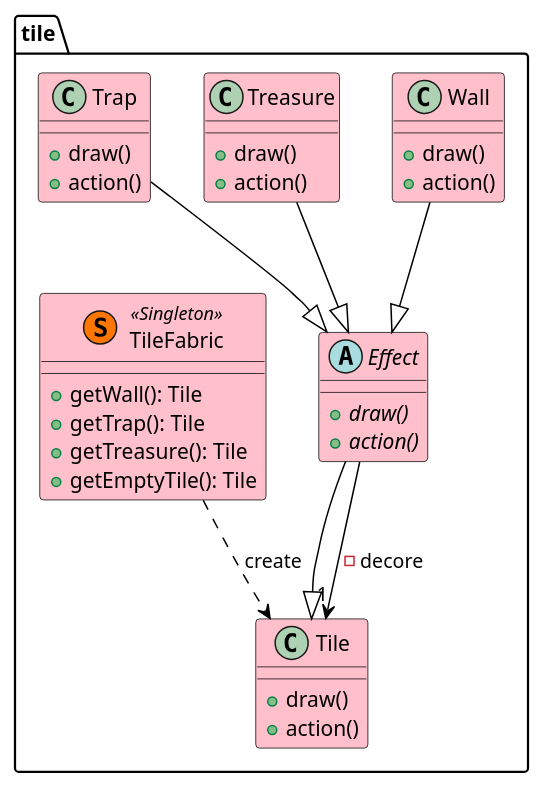
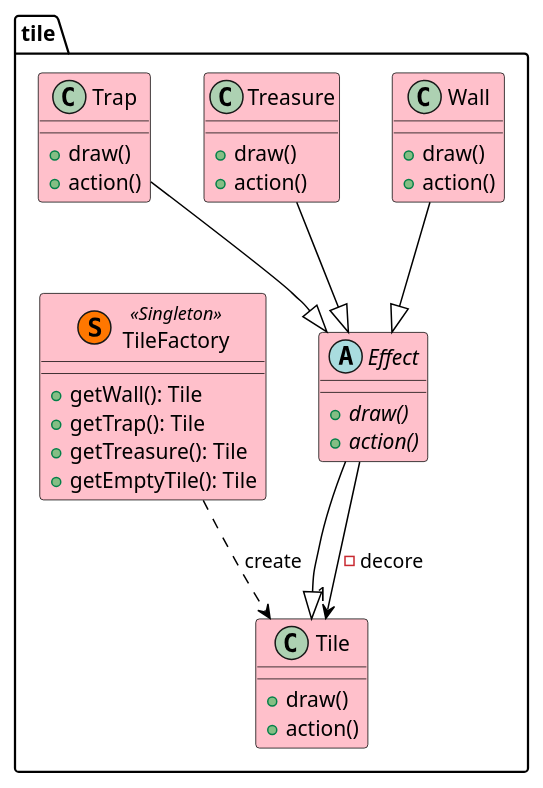
One commit to Reynault/ACL_2019_Zelpop changed the diagram in doc/first_sprint/diagrams/class/tiles.puml. Above: the diagram before and after it, drawn with PlantUML. The commit also changed 6 other files, not shown here.

Commit message:
First Sprint : Update diagrams

```diff
--- a/doc/first_sprint/diagrams/class/tiles.puml
+++ b/doc/first_sprint/diagrams/class/tiles.puml
@@ -1,53 +1,53 @@
 @startuml
 
 skinparam class {
 	BackgroundColor #FFC0CB
 	ArrowColor Black
 	BorderColor Black
 }
 
 package tile{
 
     class Tile{
         + draw()
         + action()
     }
 
     class Wall{
         + draw()
         + action()
     }
 
     class Treasure{
         + draw()
         + action()
     }
 
     class Trap{
         + draw()
         + action()
     }
 
     abstract Effect{
         + {abstract} draw()
         + {abstract} action()
     }
 
-    class TileFabric << (S,#FF7700) Singleton >>{
+    class TileFactory << (S,#FF7700) Singleton >>{
         + getWall(): Tile
         + getTrap(): Tile
         + getTreasure(): Tile
         + getEmptyTile(): Tile
     }
 
 }
 
 Wall --|> Effect
 Effect --|> Tile
 Effect --> "1" Tile : -decore
 Trap --|> Effect
 Treasure --|> Effect
 
-TileFabric ..> Tile : create
+TileFactory ..> Tile : create
 
 @enduml
```
